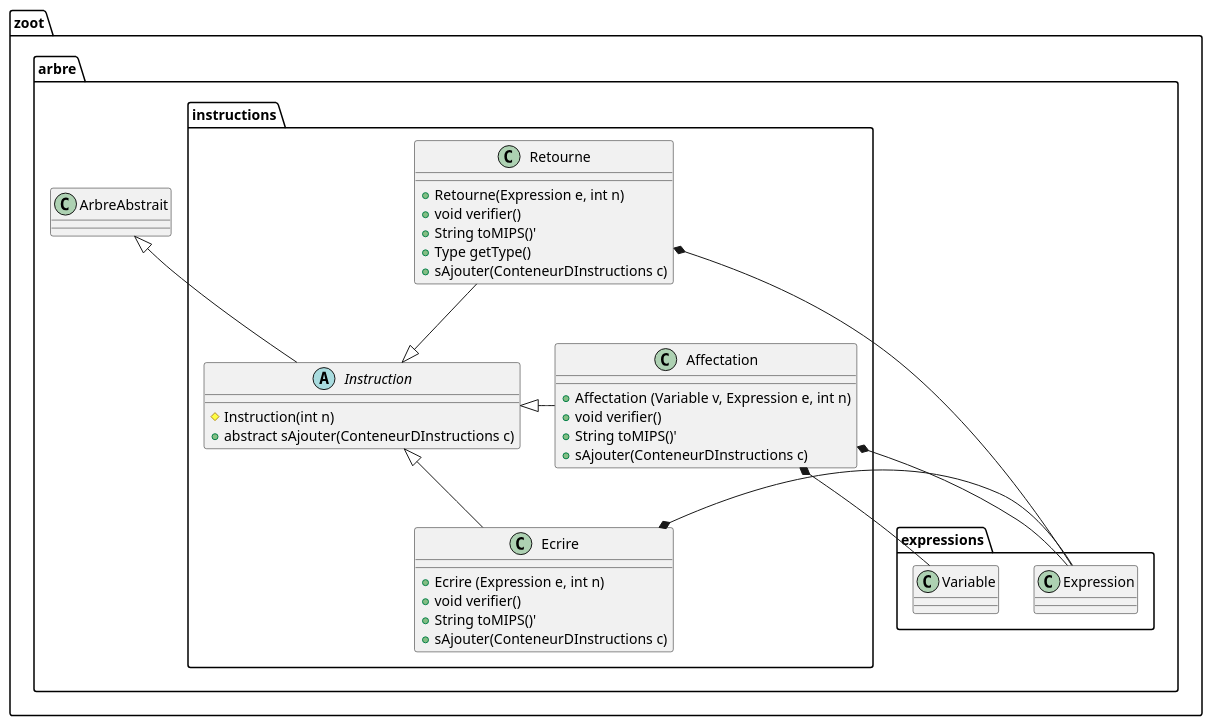
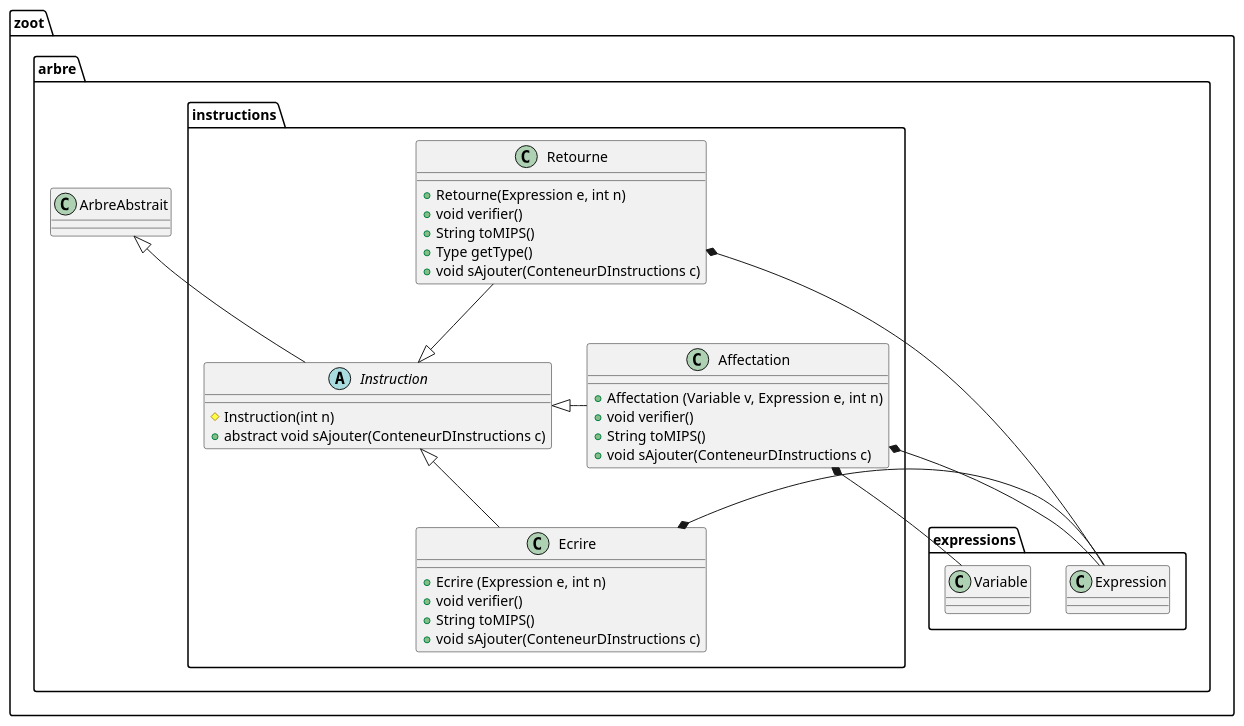
The diagram in diagrammes/classe/instructions.puml (lmtb06/zoot), drawn with PlantUML before and after one commit.

Commit message:
Modification du package instructions du diagramme de classe.
# Détails :
 - Correction des oublies du type de retour de certaines fonctions

```diff
--- a/diagrammes/classe/instructions.puml
+++ b/diagrammes/classe/instructions.puml
@@ -1,44 +1,44 @@
 @startuml "Package instructions"
 
 namespace zoot.arbre.instructions {
     ' Includes
     ' Classes
     class Ecrire {
         + Ecrire (Expression e, int n)
         + void verifier()
-        + String toMIPS()'
-        + sAjouter(ConteneurDInstructions c)
+        + String toMIPS()
+        + void sAjouter(ConteneurDInstructions c)
     }
 
     class Affectation {
         + Affectation (Variable v, Expression e, int n)
         + void verifier()
-        + String toMIPS()'
-        + sAjouter(ConteneurDInstructions c)
+        + String toMIPS()
+        + void sAjouter(ConteneurDInstructions c)
     }
 
     class Retourne {
         + Retourne(Expression e, int n)
         + void verifier()
-        + String toMIPS()'
+        + String toMIPS()
         + Type getType()
-        + sAjouter(ConteneurDInstructions c)
+        + void sAjouter(ConteneurDInstructions c)
     }
 
     abstract class Instruction {
         # Instruction(int n)
-        + abstract sAjouter(ConteneurDInstructions c)
+        + abstract void sAjouter(ConteneurDInstructions c)
     }
     
     ' Relations entre les classes
     Ecrire -up-|> Instruction
     Ecrire *-right- zoot.arbre.expressions.Expression
     Instruction -up-|> zoot.arbre.ArbreAbstrait
     Affectation -right-|> Instruction
     Affectation *-- zoot.arbre.expressions.Variable
     Affectation *-down- zoot.arbre.expressions.Expression
     Retourne *-- zoot.arbre.expressions.Expression
     Retourne --|> Instruction
 }
 
 @enduml
```
